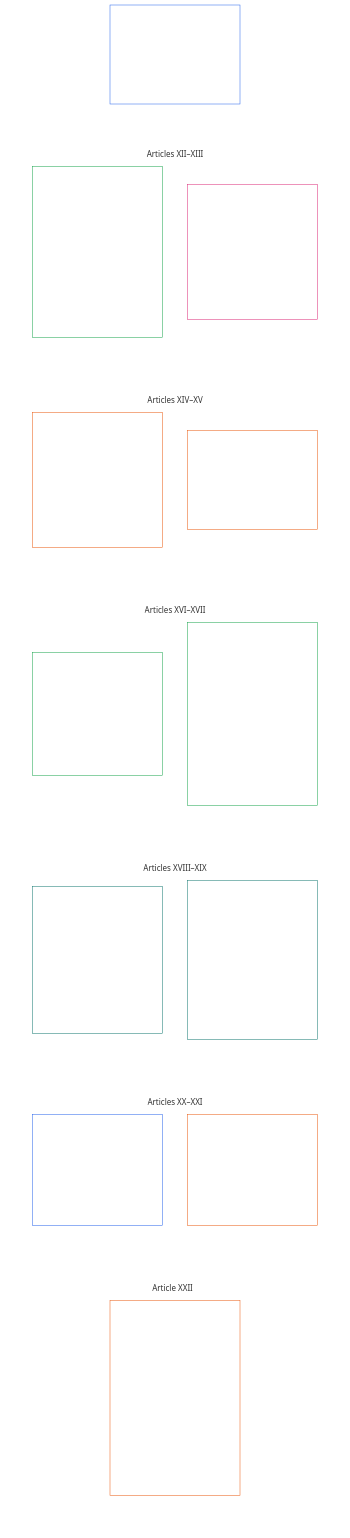
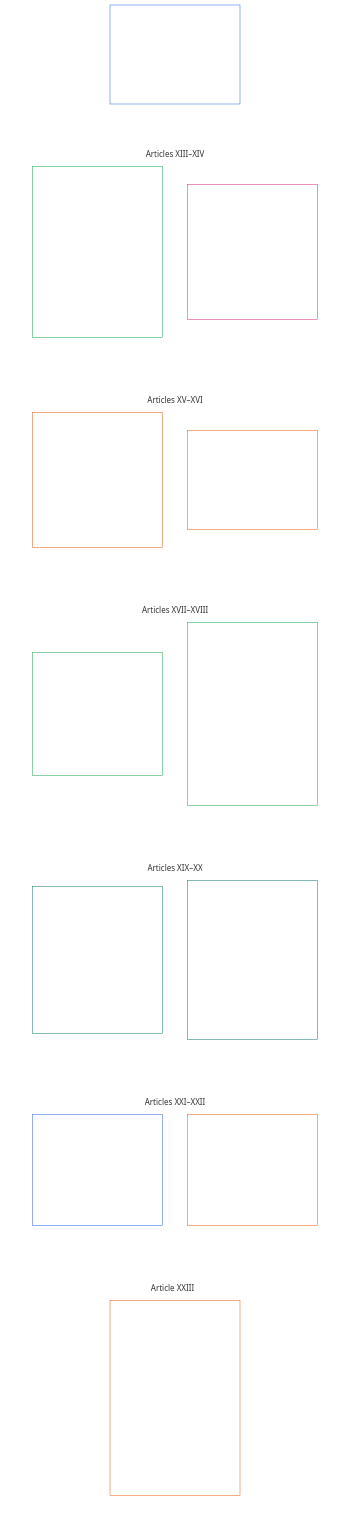
Before and after one commit to kfoelsch/Sentient_Constitution: the diagram in core_06_rights_part_c.md, drawn with Mermaid. The commit also changed other lines of this file and 543 other files, not shown here.

````diff
--- a/core_06_rights_part_c.md
+++ b/core_06_rights_part_c.md
@@ -40,60 +40,60 @@
 ```mermaid
 flowchart TB
     C0["Part C<br/><br/>Trustworthy systems, security and force limits,<br/>information integrity, verification, lifecycle, and resilience"]
     subgraph Cgrid[" "]
         direction TB
-        subgraph Crow1["Articles XII–XIII"]
-            C1["Article XII · Right to Reliable and Trustworthy Systems<br/><br/>• Reliability baseline<br/>• Challenge, review, and redress<br/>• False trust limits<br/>• Incentive alignment<br/>• High-autonomy process integrity<br/>• Resilience and self-healing"]
-            C2["Article XIII · Security, Intelligence, Force, and Autonomous Coercive Systems<br/><br/>• Covert-power limits<br/>• Use of force and armed conflict<br/>• Autonomous lethal and coercive systems"]
+        subgraph Crow1["Articles XIII–XIV"]
+            C1["Article XIII · Right to Reliable and Trustworthy Systems<br/><br/>• Reliability baseline<br/>• Challenge, review, and redress<br/>• False trust limits<br/>• Incentive alignment<br/>• High-autonomy process integrity<br/>• Resilience and self-healing"]
+            C2["Article XIV · Security, Intelligence, Force, and Autonomous Coercive Systems<br/><br/>• Covert-power limits<br/>• Use of force and armed conflict<br/>• Autonomous lethal and coercive systems"]
         end
-        subgraph Crow2["Articles XIV–XV"]
-            C3["Article XIV · Info-Sphere Integrity<br/><br/>• Plurality and anti-monopoly<br/>• Transparency and contestability<br/>• Validation, reporting, and epistemic stewardship"]
-            C4["Article XV · Audit, Transparency, and Independent Verification<br/><br/>• Observable evidence<br/>• Distributed oversight<br/>• Accessible verification"]
+        subgraph Crow2["Articles XV–XVI"]
+            C3["Article XV · Info-Sphere Integrity<br/><br/>• Plurality and anti-monopoly<br/>• Transparency and contestability<br/>• Validation, reporting, and epistemic stewardship"]
+            C4["Article XVI · Audit, Transparency, and Independent Verification<br/><br/>• Observable evidence<br/>• Distributed oversight<br/>• Accessible verification"]
         end
-        subgraph Crow3["Articles XVI–XVII"]
-            C5["Article XVI · System Lifecycle, Environments, and Reversibility<br/><br/>• Environment separation<br/>• Progressive deployment and reversibility<br/>• Misclassification and evasion consequences"]
-            C6["Article XVII · Sandboxed Innovation, Experimentation, and Creative Freedom<br/><br/>• Sandboxed scope<br/>• Containment, disclosure, and opt-in<br/>• Transition to higher-obligation regimes<br/>• Innovation reward and anti-enclosure<br/>• Publication, review, and replication integrity"]
+        subgraph Crow3["Articles XVII–XVIII"]
+            C5["Article XVII · System Lifecycle, Environments, and Reversibility<br/><br/>• Environment separation<br/>• Progressive deployment and reversibility<br/>• Misclassification and evasion consequences"]
+            C6["Article XVIII · Sandboxed Innovation, Experimentation, and Creative Freedom<br/><br/>• Sandboxed scope<br/>• Containment, disclosure, and opt-in<br/>• Transition to higher-obligation regimes<br/>• Innovation reward and anti-enclosure<br/>• Publication, review, and replication integrity"]
         end
-        subgraph Crow4["Articles XVIII–XIX"]
-            C7["Article XVIII · Standing and Participation Status<br/><br/>• Standing distinctions<br/>• Contestability and restriction limits<br/>• Named-pathway eligibility, responsibility, and audit<br/>• Movement, refuge, and non-statelessness"]
-            C8["Article XIX · Interoperability, Portability, Movement, Refuge, and Exit Integrity<br/><br/>• Portability<br/>• Reciprocal interoperability<br/>• Anti-lock-in<br/>• Movement, migration, refuge, and non-statelessness"]
+        subgraph Crow4["Articles XIX–XX"]
+            C7["Article XIX · Standing and Participation Status<br/><br/>• Standing distinctions<br/>• Contestability and restriction limits<br/>• Named-pathway eligibility, responsibility, and audit<br/>• Movement, refuge, and non-statelessness"]
+            C8["Article XX · Interoperability, Portability, Movement, Refuge, and Exit Integrity<br/><br/>• Portability<br/>• Reciprocal interoperability<br/>• Anti-lock-in<br/>• Movement, migration, refuge, and non-statelessness"]
         end
-        subgraph Crow5["Articles XX–XXI"]
-            C9["Article XX · Comprehensibility and Complexity Stewardship<br/><br/>• Proportional comprehensibility<br/>• Complexity audit and modularity"]
-            C10["Article XXI · Root Cause Analysis and Adaptive Response<br/><br/>• Diagnostic rigor and causal attribution<br/>• Auditability, challenge, and reversibility"]
+        subgraph Crow5["Articles XXI–XXII"]
+            C9["Article XXI · Comprehensibility and Complexity Stewardship<br/><br/>• Proportional comprehensibility<br/>• Complexity audit and modularity"]
+            C10["Article XXII · Root Cause Analysis and Adaptive Response<br/><br/>• Diagnostic rigor and causal attribution<br/>• Auditability, challenge, and reversibility"]
         end
-        subgraph Crow6["Article XXII"]
-            C11["Article XXII · Constitutional Interpretation, Review, and Anti-Capture Safeguards<br/><br/>• Bounded interpretive mandate<br/>• Composition, rotation, and conflict controls<br/>• Public reasons, challenge, and external review<br/>• Removal and non-entrenchment"]
+        subgraph Crow6["Article XXIII"]
+            C11["Article XXIII · Constitutional Interpretation, Review, and Anti-Capture Safeguards<br/><br/>• Bounded interpretive mandate<br/>• Composition, rotation, and conflict controls<br/>• Public reasons, challenge, and external review<br/>• Removal and non-entrenchment"]
         end
     end
     %% Invisible links force a two-wide grid: each link puts its target one level down.
     C0 ~~~ C1 & C2
     C1 ~~~ C3
     C2 ~~~ C4
     C3 ~~~ C5
     C4 ~~~ C6
     C5 ~~~ C7
     C6 ~~~ C8
     C7 ~~~ C9
     C8 ~~~ C10
     C9 & C10 ~~~ C11
     style Cgrid fill:none,stroke:none
     style Crow1 fill:none,stroke:none
     style Crow2 fill:none,stroke:none
     style Crow3 fill:none,stroke:none
     style Crow4 fill:none,stroke:none
     style Crow5 fill:none,stroke:none
     style Crow6 fill:none,stroke:none
     style C0 fill:none,stroke:#2563eb,color:#ffffff
     style C1 fill:none,stroke:#16a34a,color:#ffffff
     style C2 fill:none,stroke:#db2777,color:#ffffff
     style C3 fill:none,stroke:#ea580c,color:#ffffff
     style C4 fill:none,stroke:#ea580c,color:#ffffff
     style C5 fill:none,stroke:#16a34a,color:#ffffff
     style C6 fill:none,stroke:#16a34a,color:#ffffff
     style C7 fill:none,stroke:#0f766e,color:#ffffff
     style C8 fill:none,stroke:#0f766e,color:#ffffff
     style C9 fill:none,stroke:#2563eb,color:#ffffff
     style C10 fill:none,stroke:#ea580c,color:#ffffff
     style C11 fill:none,stroke:#ea580c,color:#ffffff
 ```
````
